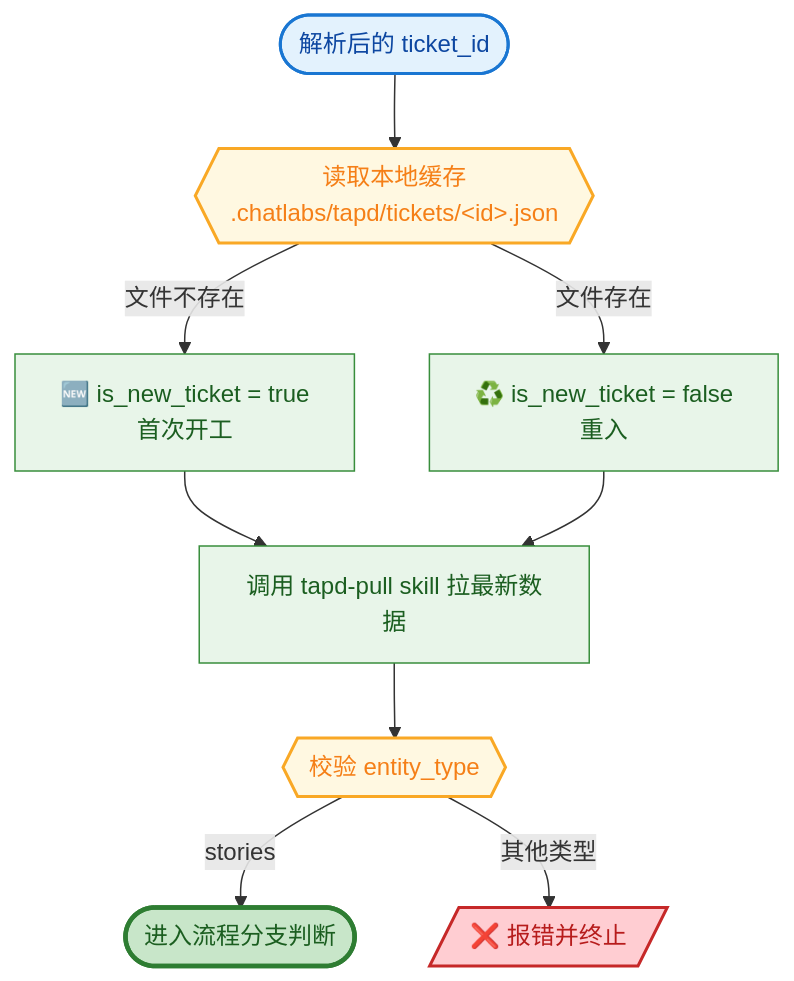
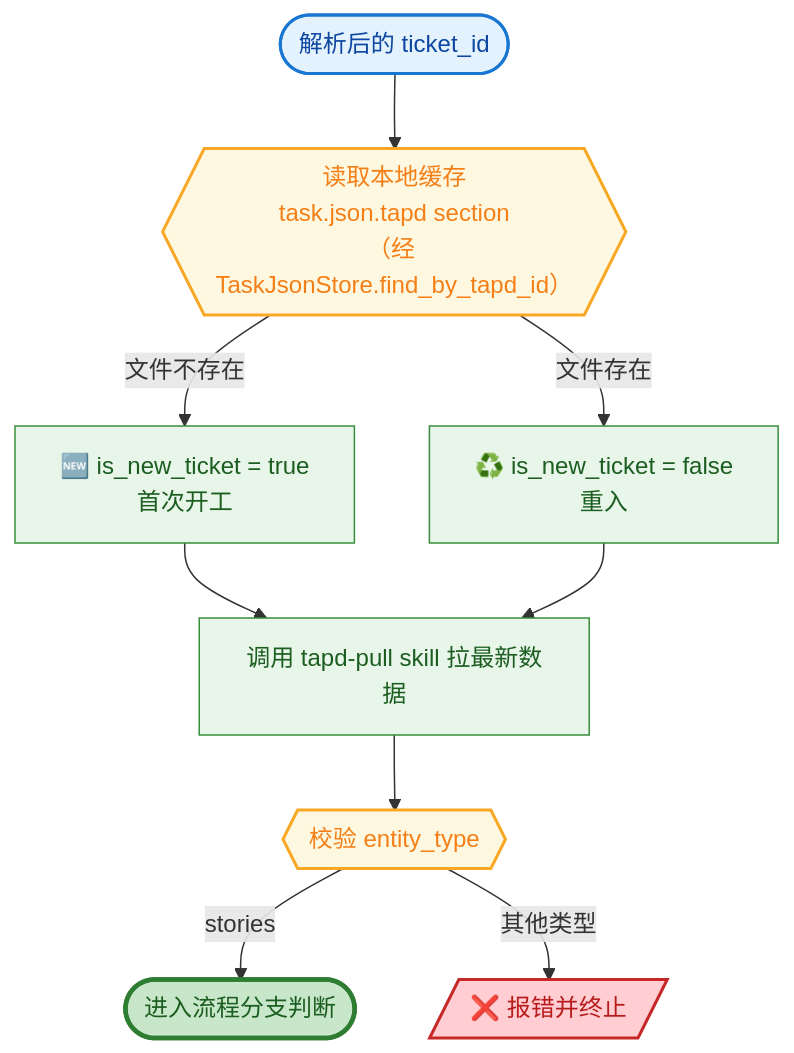
The third of 16 diagrams in README.md (dd-xiaozhi/dev-agent-flow), drawn with Mermaid before and after one commit. The commit also changed other lines of this file and 45 other files, not shown here.

````diff
--- a/README.md
+++ b/README.md
@@ -136,23 +144,23 @@
 ```mermaid
 flowchart TD
-    A([解析后的 ticket_id]) --> B{{"读取本地缓存<br/>.chatlabs/tapd/tickets/&lt;id&gt;.json"}}
+    A([解析后的 ticket_id]) --> B{{"读取本地缓存<br/>task.json.tapd section<br/>（经 TaskJsonStore.find_by_tapd_id）"}}
     B -->|文件不存在| B1["🆕 is_new_ticket = true<br/>首次开工"]
     B -->|文件存在| B2["♻️ is_new_ticket = false<br/>重入"]
     B1 --> C[调用 tapd-pull skill 拉最新数据]
     B2 --> C
     C --> D{{"校验 entity_type"}}
     D -->|stories| E([进入流程分支判断])
     D -->|其他类型| F[/❌ 报错并终止/]
 
     classDef entry fill:#e3f2fd,stroke:#1976d2,stroke-width:2px,color:#0d47a1
     classDef decision fill:#fff8e1,stroke:#f9a825,stroke-width:2px,color:#f57f17
     classDef action fill:#e8f5e9,stroke:#388e3c,stroke-width:1px,color:#1b5e20
     classDef done fill:#c8e6c9,stroke:#2e7d32,stroke-width:3px,color:#1b5e20
     classDef fail fill:#ffcdd2,stroke:#c62828,stroke-width:2px,color:#b71c1c
 
     class A entry
     class B,D decision
     class B1,B2,C action
     class E done
     class F fail
 ```
````
